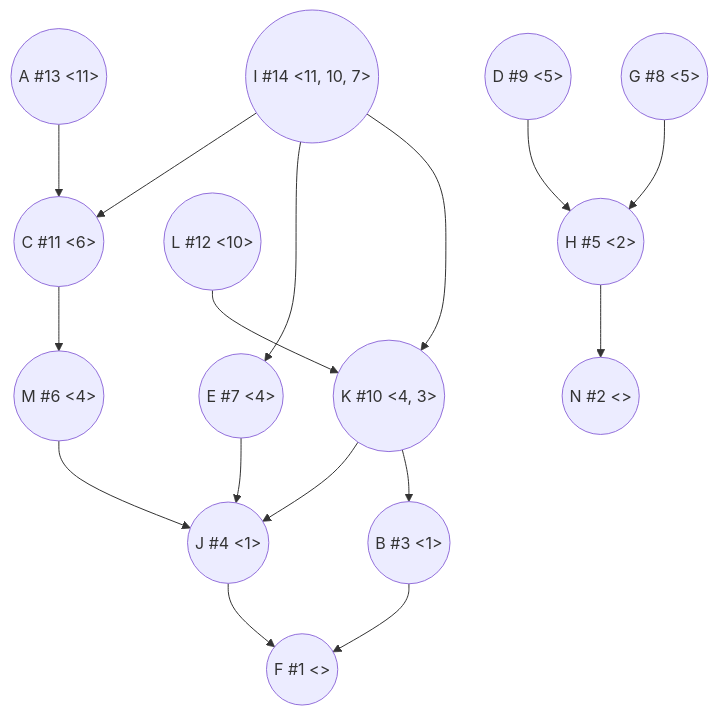
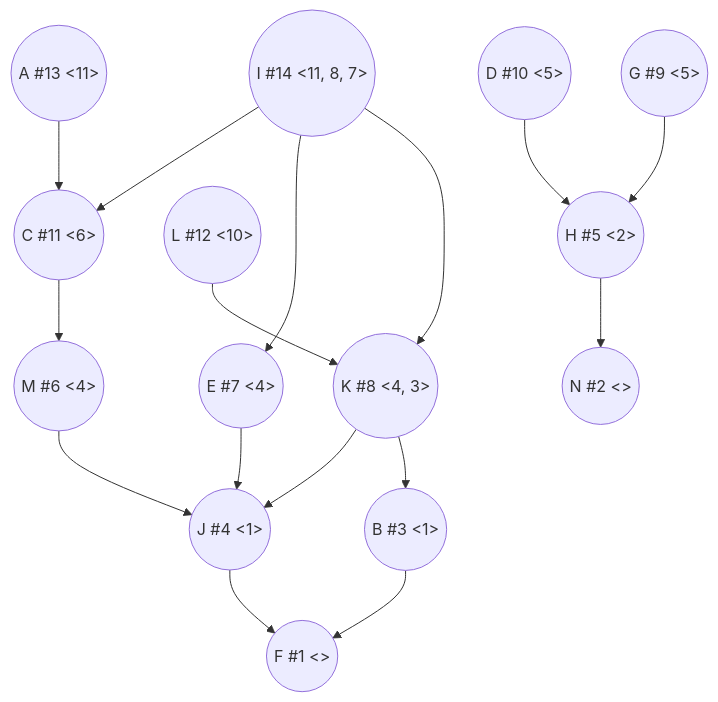
One commit to hse-algo-24-crow/manual-tasks-crow changed the third of 4 diagrams in task-7/solution.md. Above: the diagram before and after it, drawn with Mermaid. The commit also changed other lines of this file, not shown here.

Commit message:
задание 7

````diff
--- a/task-7/solution.md
+++ b/task-7/solution.md
@@ -96,18 +96,18 @@
 ```mermaid
 graph TB
 A((A #13 <11>)) --> C((C #11 <6>))
-I((I #14 <11, 10, 7>)) --> C
+I((I #14 <11, 8, 7>)) --> C
 I --> E((E #7 <4>))
-I --> K((K #10 <4, 3>))
+I --> K((K #8 <4, 3>))
 L((L #12 <10>)) --> K
-D((D #9 <5>)) --> H((H #5 <2>))
-G((G #8 <5>)) --> H
+D((D #10 <5>)) --> H((H #5 <2>))
+G((G #9 <5>)) --> H
 H --> N((N #2 <>))
 C --> M((M #6 <4>))
 M --> J((J #4 <1>))
 E --> J
 K --> J
 K --> B((B #3 <1>))
 J --> F((F #1 <>))
 B --> F
 ```
````
